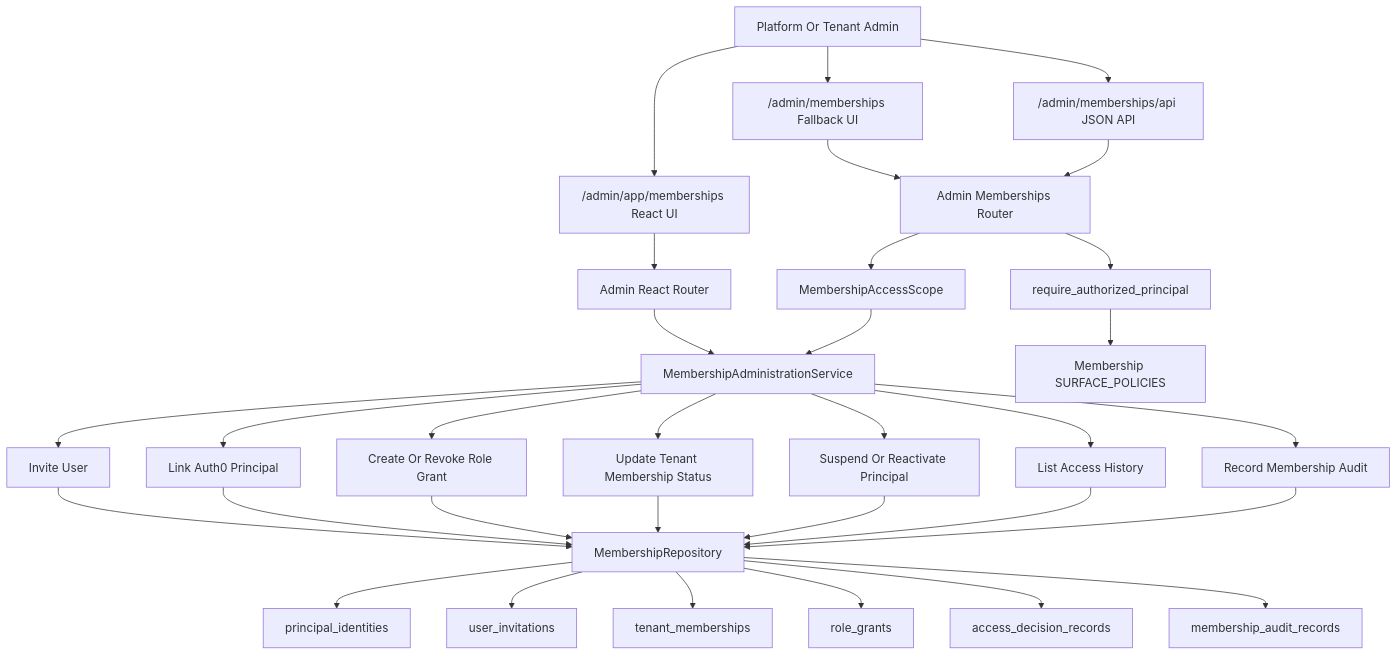
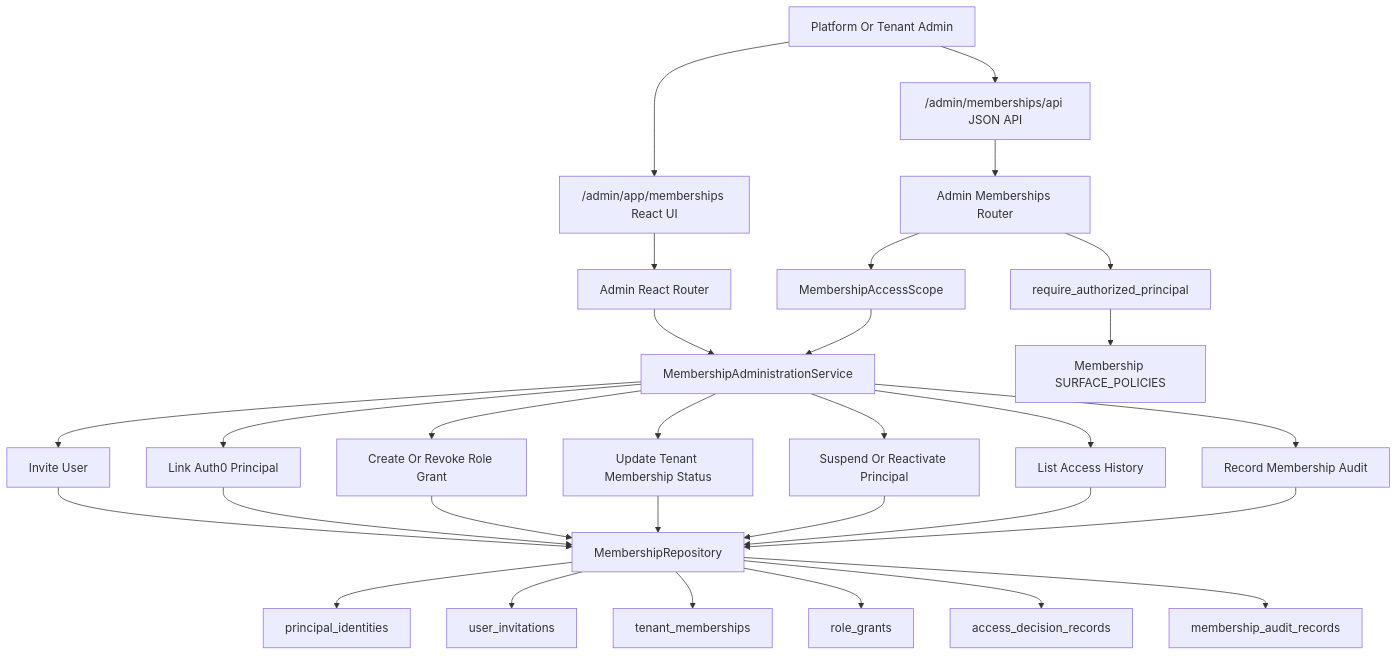
Before and after one commit to scott5252/multi-agent: the sixth of 35 diagrams in system_architecture.md, drawn with Mermaid. The commit also changed other lines of this file and 3 other files, not shown here.

````diff
--- a/system_architecture.md
+++ b/system_architecture.md
@@ -481,37 +493,35 @@
 ```mermaid
 flowchart TD
     m1["Platform Or Tenant Admin"] --> m2["/admin/app/memberships React UI"]
-    m1["Platform Or Tenant Admin"] --> m23["/admin/memberships Fallback UI"]
     m1["Platform Or Tenant Admin"] --> m3["/admin/memberships/api JSON API"]
     m2["/admin/app/memberships React UI"] --> m24["Admin React Router"]
     m24["Admin React Router"] --> m8["MembershipAdministrationService"]
-    m23["/admin/memberships Fallback UI"] --> m4["Admin Memberships Router"]
     m3["/admin/memberships/api JSON API"] --> m4["Admin Memberships Router"]
     m4["Admin Memberships Router"] --> m5["require_authorized_principal"]
     m5["require_authorized_principal"] --> m6["Membership SURFACE_POLICIES"]
     m4["Admin Memberships Router"] --> m7["MembershipAccessScope"]
     m7["MembershipAccessScope"] --> m8["MembershipAdministrationService"]
 
     m8["MembershipAdministrationService"] --> m9["Invite User"]
     m8["MembershipAdministrationService"] --> m10["Link Auth0 Principal"]
     m8["MembershipAdministrationService"] --> m11["Create Or Revoke Role Grant"]
     m8["MembershipAdministrationService"] --> m12["Update Tenant Membership Status"]
     m8["MembershipAdministrationService"] --> m13["Suspend Or Reactivate Principal"]
     m8["MembershipAdministrationService"] --> m14["List Access History"]
     m8["MembershipAdministrationService"] --> m15["Record Membership Audit"]
 
     m9["Invite User"] --> m16["MembershipRepository"]
     m10["Link Auth0 Principal"] --> m16["MembershipRepository"]
     m11["Create Or Revoke Role Grant"] --> m16["MembershipRepository"]
     m12["Update Tenant Membership Status"] --> m16["MembershipRepository"]
     m13["Suspend Or Reactivate Principal"] --> m16["MembershipRepository"]
     m14["List Access History"] --> m16["MembershipRepository"]
     m15["Record Membership Audit"] --> m16["MembershipRepository"]
 
     m16["MembershipRepository"] --> m17["principal_identities"]
     m16["MembershipRepository"] --> m18["user_invitations"]
     m16["MembershipRepository"] --> m19["tenant_memberships"]
     m16["MembershipRepository"] --> m20["role_grants"]
     m16["MembershipRepository"] --> m21["access_decision_records"]
     m16["MembershipRepository"] --> m22["membership_audit_records"]
 ```
````
